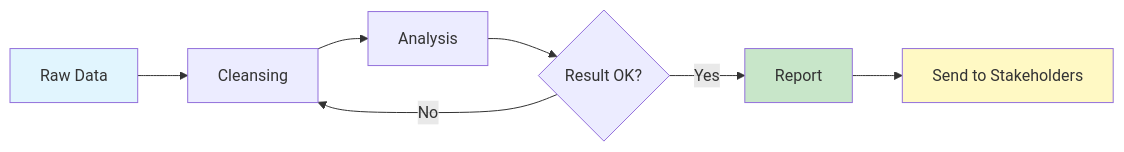
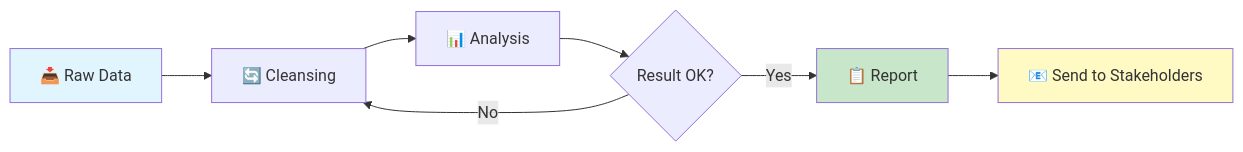
Before and after one commit to justinsz/ProPrompt: the second of 3 diagrams in analysts_en.md, drawn with Mermaid. The commit also changed other lines of this file and 11 other files, not shown here.

First line of the commit message:
Restore emojis in normal text, keep prompts clean, fix Mermaid syntax

````diff
--- a/analysts_en.md
+++ b/analysts_en.md
@@ -164,13 +164,13 @@
 ```mermaid
 flowchart LR
-    A[Raw Data] --> B[Cleansing]
-    B --> C[Analysis]
+    A[📥 Raw Data] --> B[🔄 Cleansing]
+    B --> C[📊 Analysis]
     C --> D{Result OK?}
-    D -- Yes --> E[Report]
+    D -- Yes --> E[📋 Report]
     D -- No --> B
-    E --> F[Send to Stakeholders]
+    E --> F[📧 Send to Stakeholders]
 
     style A fill:#e1f5fe
     style E fill:#c8e6c9
     style F fill:#fff9c4
 ```
````
